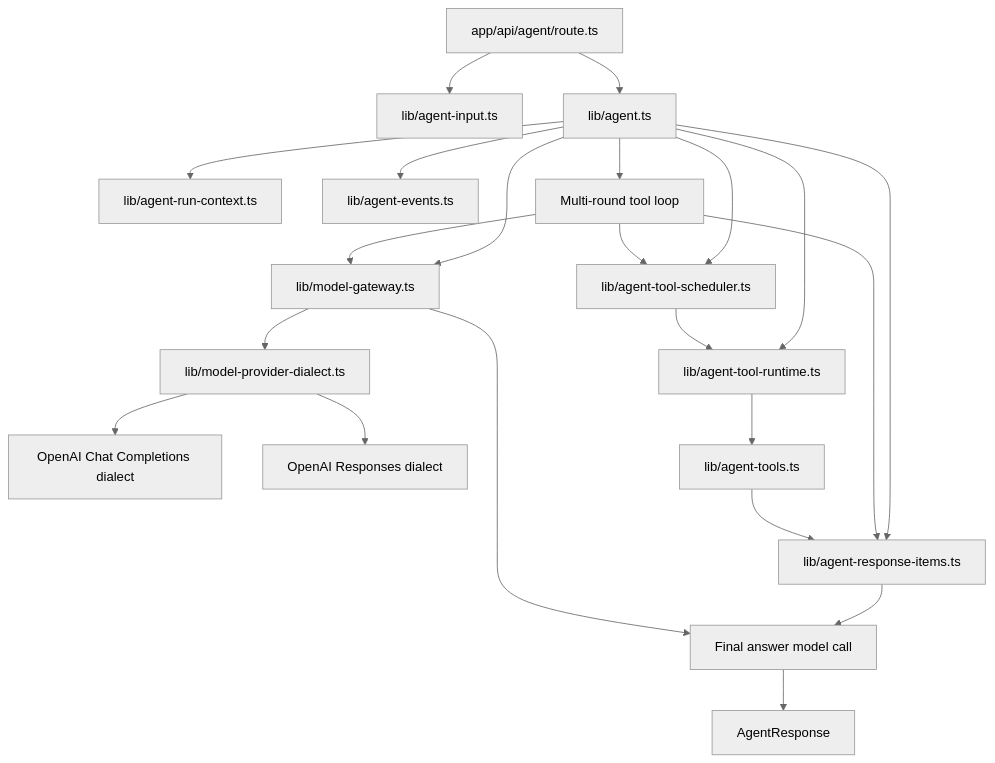
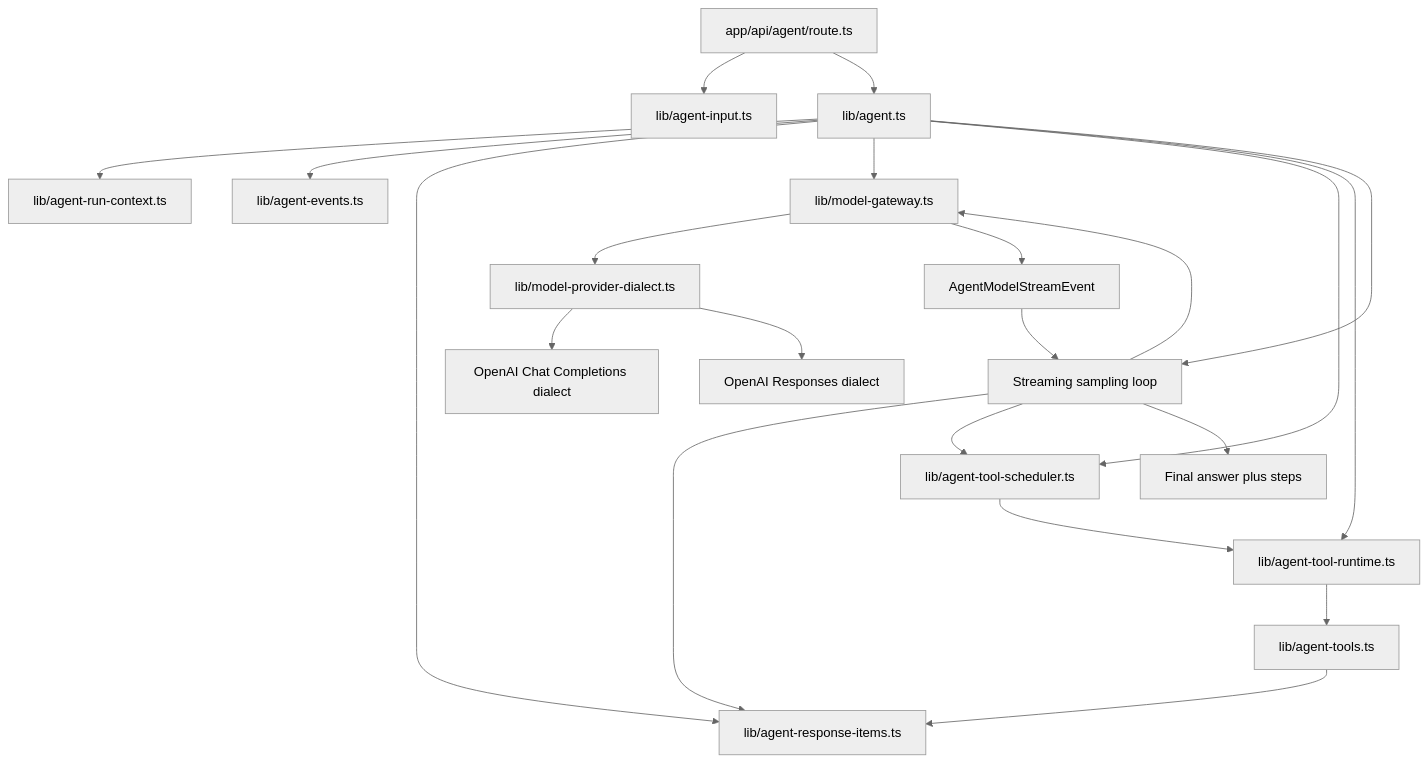
The second of 3 diagrams in docs/architecture.md (Liang-HZ/inspectable-agent-harness), drawn with Mermaid (neutral theme) before and after one commit. The commit also changed other lines of this file and 12 other files, not shown here.

Commit message:
Add streaming agent sampling loop

````diff
--- a/docs/architecture.md
+++ b/docs/architecture.md
@@ -430,24 +475,24 @@
 ```mermaid
 flowchart TD
   AgentRoute[app/api/agent/route.ts] --> AgentInput[lib/agent-input.ts]
   AgentRoute --> AgentService[lib/agent.ts]
   AgentService --> RunContext[lib/agent-run-context.ts]
   AgentService --> AgentEvents[lib/agent-events.ts]
   AgentService --> ResponseItems[lib/agent-response-items.ts]
   AgentService --> ModelGateway[lib/model-gateway.ts]
   ModelGateway --> ModelDialect[lib/model-provider-dialect.ts]
   ModelDialect --> ChatDialect[OpenAI Chat Completions dialect]
   ModelDialect --> ResponsesDialect[OpenAI Responses dialect]
   AgentService --> ToolScheduler[lib/agent-tool-scheduler.ts]
   AgentService --> ToolRuntime[lib/agent-tool-runtime.ts]
-  AgentService --> ToolLoop[Multi-round tool loop]
-  ToolLoop --> ResponseItems
-  ToolLoop --> ModelGateway
-  ToolLoop --> ToolScheduler
+  AgentService --> SamplingLoop[Streaming sampling loop]
+  SamplingLoop --> ResponseItems
+  SamplingLoop --> ModelGateway
+  ModelGateway --> StreamEvents[AgentModelStreamEvent]
+  StreamEvents --> SamplingLoop
+  SamplingLoop --> ToolScheduler
   ToolScheduler --> ToolRuntime
   ToolRuntime --> AgentTools[lib/agent-tools.ts]
   AgentTools --> ResponseItems
-  ResponseItems --> FinalCall[Final answer model call]
-  ModelGateway --> FinalCall
-  FinalCall --> AgentResponse
+  SamplingLoop --> AgentResponse[Final answer plus steps]
 ```
````
